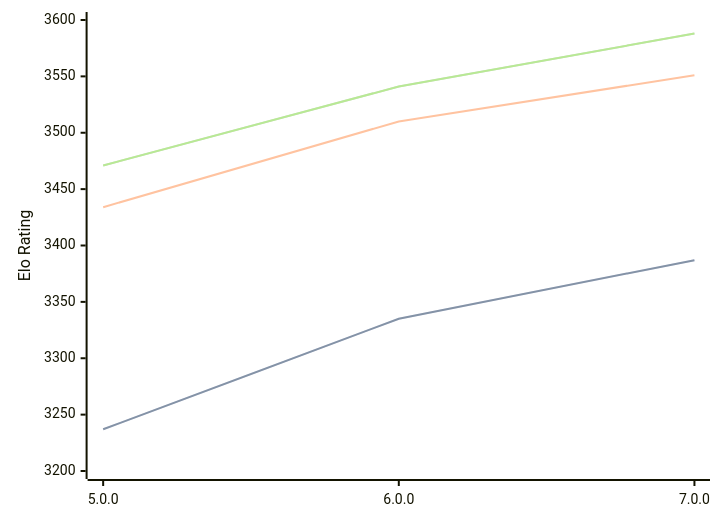
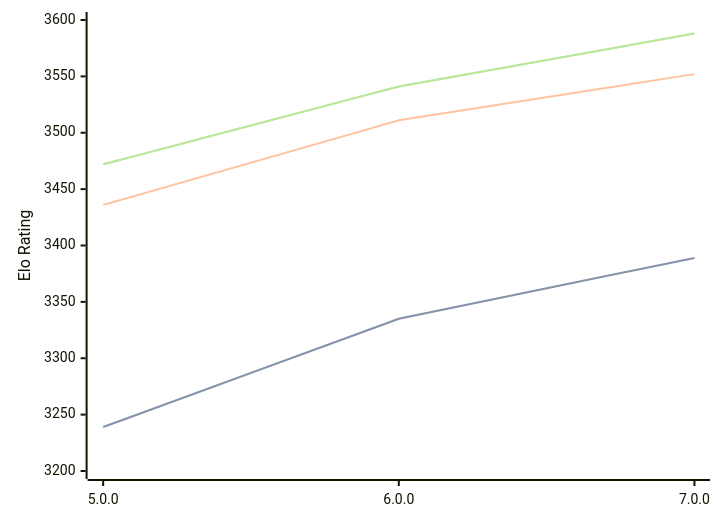
Before and after one commit to computer-chess-index/cci: the diagram in engines/Stormphrax.md, drawn with Mermaid. The commit also changed other lines of this file, not shown here.

Commit message:
Update CCI Ratings (ELO VLTC) - 2026-04-25

````diff
--- a/engines/Stormphrax.md
+++ b/engines/Stormphrax.md
@@ -38,11 +38,11 @@
 ```mermaid
 %%{init: {"theme":"base","themeVariables":{"seriesColors:['#a3a3a3','#222221','#faa371']}}}%%
 xychart-beta
   x-axis ["5.0.0", "6.0.0", "7.0.0"]
   y-axis "Elo Rating" 3200 --> 3600
-  line "STC (8.0+0.08s)" [3237, 3335, 3387]
-  line "STC (8.0+0.08s)" [3237, 3335, 3387]
-  line "LTC (60.0+0.60s)" [3434, 3510, 3551]
-  line "VLTC (2m24s+1.12s)" [3471, 3541, 3588]
-  line "VLTC (2m24s+1.12s)" [3471, 3541, 3588]
+  line "STC (8.0+0.08s)" [3239, 3335, 3389]
+  line "STC (8.0+0.08s)" [3239, 3335, 3389]
+  line "LTC (60.0+0.60s)" [3436, 3511, 3552]
+  line "VLTC (2m24s+1.12s)" [3472, 3541, 3588]
+  line "VLTC (2m24s+1.12s)" [3472, 3541, 3588]
 ```
````
